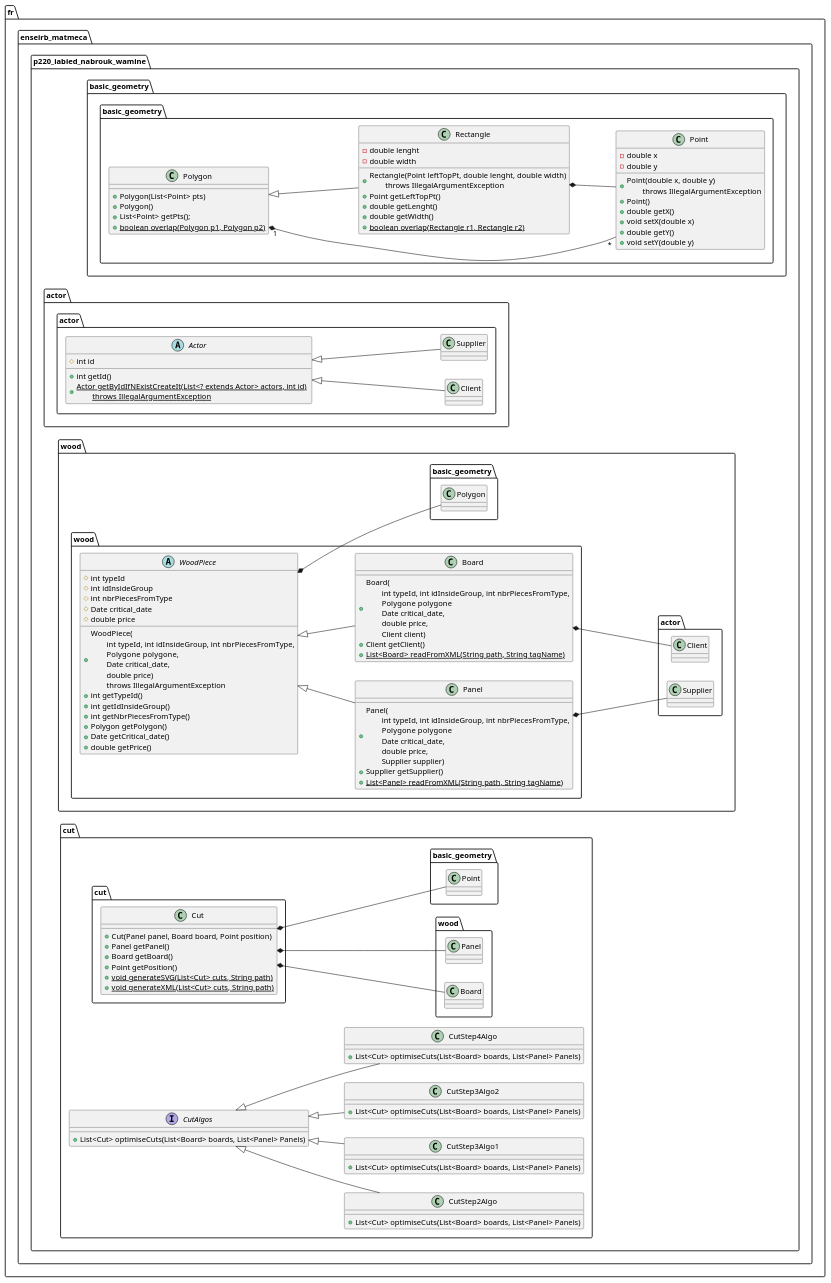
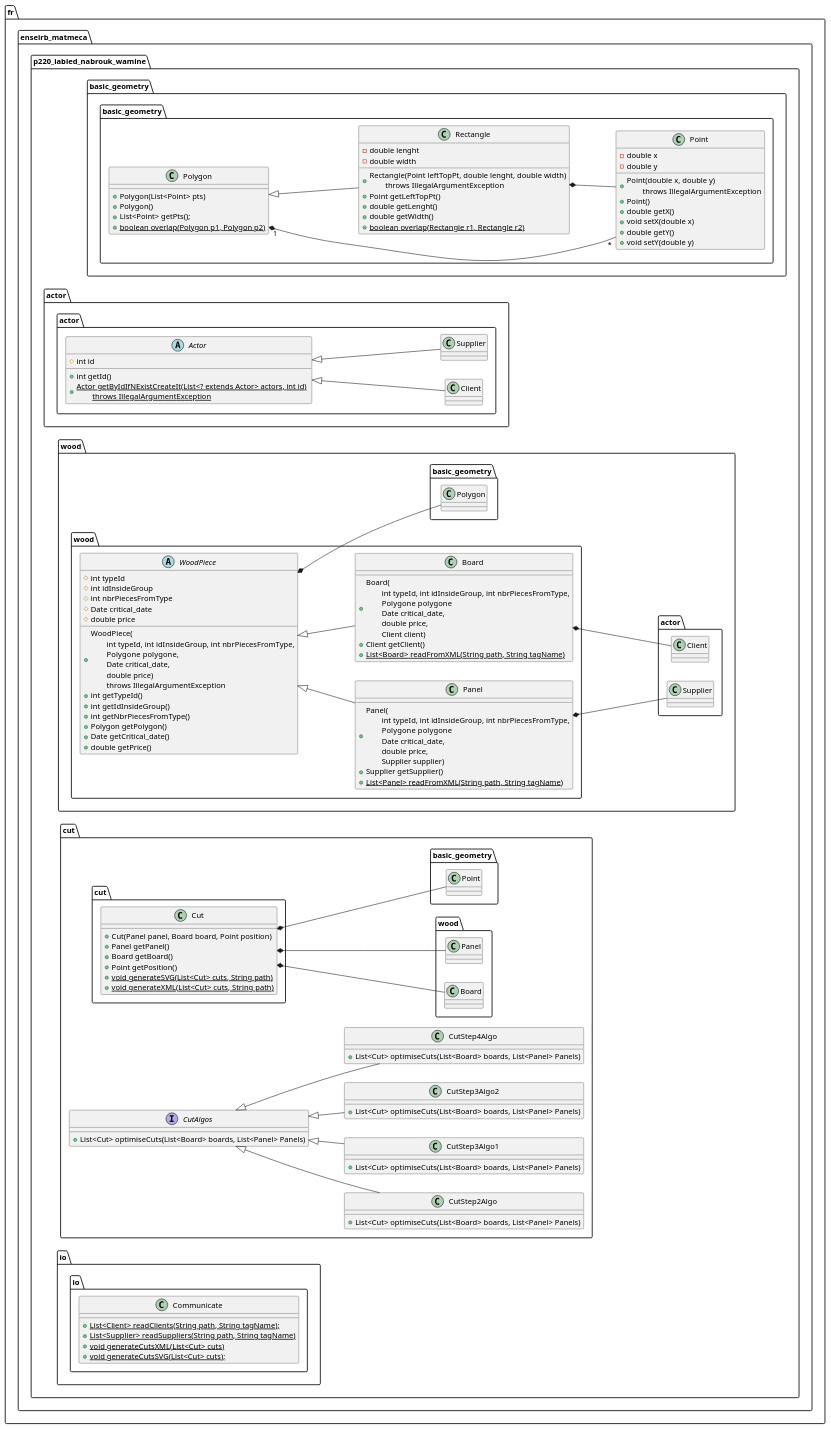
The diagram in uml.wsd (ImadABID/WoodCutPlanner), drawn with PlantUML before and after one commit. The commit also changed 2 other files, not shown here.

Commit message:
package io

```diff
--- a/uml.wsd
+++ b/uml.wsd
@@ -1,159 +1,168 @@
 @startuml uml
 
 left to right direction
 
 package "fr.enseirb_matmeca.p220_iabied_nabrouk_wamine"{
 
     package "basic_geometry"{
 
         class basic_geometry.Point {
 
             - double x
             - double y
 
             + Point(double x, double y)\n\tthrows IllegalArgumentException
             + Point()
             + double getX()
             + void setX(double x)
             + double getY()
             + void setY(double y)
 
         }
 
         class basic_geometry.Polygon {
 
             + Polygon(List<Point> pts)
             + Polygon()
             + List<Point> getPts();
             + {static} boolean overlap(Polygon p1, Polygon p2)
 
         }
         basic_geometry.Polygon "1" *-- "*" basic_geometry.Point
 
         class basic_geometry.Rectangle {
 
             - double lenght
             - double width
             
             + Rectangle(Point leftTopPt, double lenght, double width)\n\tthrows IllegalArgumentException
             + Point getLeftTopPt()
             + double getLenght()
             + double getWidth()
             + {static} boolean overlap(Rectangle r1, Rectangle r2)
         }
         basic_geometry.Rectangle *-- basic_geometry.Point
 
         basic_geometry.Polygon <|-- basic_geometry.Rectangle
 
     }
 
     package "actor"{
 
         abstract class actor.Actor{
             # int id
 
             + int getId()
             + {static} Actor getByIdIfNExistCreateIt(List<? extends Actor> actors, int id) \n\tthrows IllegalArgumentException
         }
 
         class actor.Client{
 
         }
 
         class actor.Supplier{
             
         }
 
         actor.Actor <|-- actor.Client
         actor.Actor <|-- actor.Supplier
 
     }
 
     package "wood"{
 
         abstract class wood.WoodPiece {
 
             # int typeId
             # int idInsideGroup
             # int nbrPiecesFromType
             # Date critical_date
             # double price
 
             + WoodPiece(\n\tint typeId, int idInsideGroup, int nbrPiecesFromType,\n\tPolygone  polygone,\n\tDate critical_date,\n\tdouble price)\n\tthrows IllegalArgumentException
             + int getTypeId()
             + int getIdInsideGroup()
             + int getNbrPiecesFromType()
             + Polygon getPolygon()
             + Date getCritical_date()
             + double getPrice()
 
         }
         wood.WoodPiece *-- basic_geometry.Polygon
 
         class wood.Panel {
             + Panel(\n\tint typeId, int idInsideGroup, int nbrPiecesFromType,\n\tPolygone  polygone\n\tDate critical_date,\n\tdouble price,\n\tSupplier supplier)
             + Supplier getSupplier()
             + {static} List<Panel> readFromXML(String path, String tagName)
         }
         wood.Panel *-- actor.Supplier
 
         class wood.Board {
             + Board(\n\tint typeId, int idInsideGroup, int nbrPiecesFromType,\n\tPolygone  polygone\n\tDate critical_date,\n\tdouble price,\n\tClient client)
             + Client getClient()
             + {static} List<Board> readFromXML(String path, String tagName)
             
         }
         wood.Board *-- actor.Client
 
         wood.WoodPiece <|-- wood.Panel
         wood.WoodPiece <|-- wood.Board
 
     }
 
     package "cut" {
         
         class cut.Cut {
 
             + Cut(Panel panel, Board board, Point position)
             + Panel getPanel()
             + Board getBoard()
             + Point getPosition()
             + {static} void generateSVG(List<Cut> cuts, String path)
             + {static} void generateXML(List<Cut> cuts, String path)
 
         }
         cut.Cut *-- wood.Panel
         cut.Cut *-- wood.Board
         cut.Cut *-- basic_geometry.Point
 
         interface CutAlgos{
             + List<Cut> optimiseCuts(List<Board> boards, List<Panel> Panels)
         }
 
         class CutStep2Algo {
             + List<Cut> optimiseCuts(List<Board> boards, List<Panel> Panels)
         }
 
         class CutStep3Algo1 {
             + List<Cut> optimiseCuts(List<Board> boards, List<Panel> Panels)
         }
 
         class CutStep3Algo2 {
             + List<Cut> optimiseCuts(List<Board> boards, List<Panel> Panels)
         }
 
         class CutStep4Algo {
             + List<Cut> optimiseCuts(List<Board> boards, List<Panel> Panels)
         }
 
         CutAlgos <|-- CutStep2Algo
         CutAlgos <|-- CutStep3Algo1
         CutAlgos <|-- CutStep3Algo2
         CutAlgos <|-- CutStep4Algo
 
     }
 
+    package "io"{
+        class io.Communicate {
+            + {static} List<Client> readClients(String path, String tagName);
+            + {static}  List<Supplier> readSuppliers(String path, String tagName)
+            + {static} void generateCutsXML(List<Cut> cuts)
+            + {static} void generateCutsSVG(List<Cut> cuts);
+        }
+    }
+
 }
 
 
 @enduml
```
